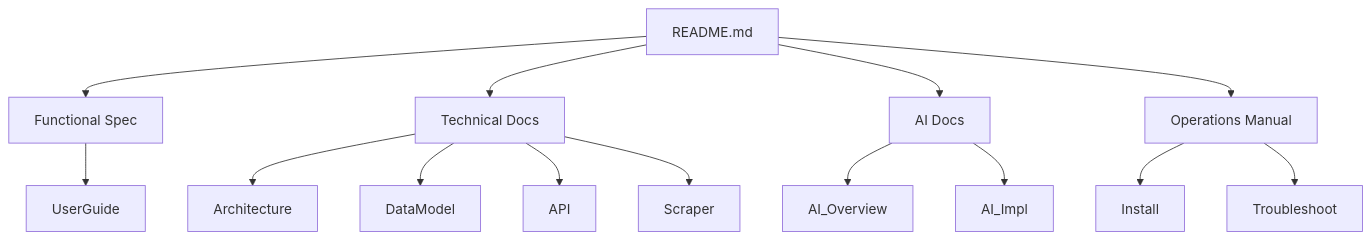
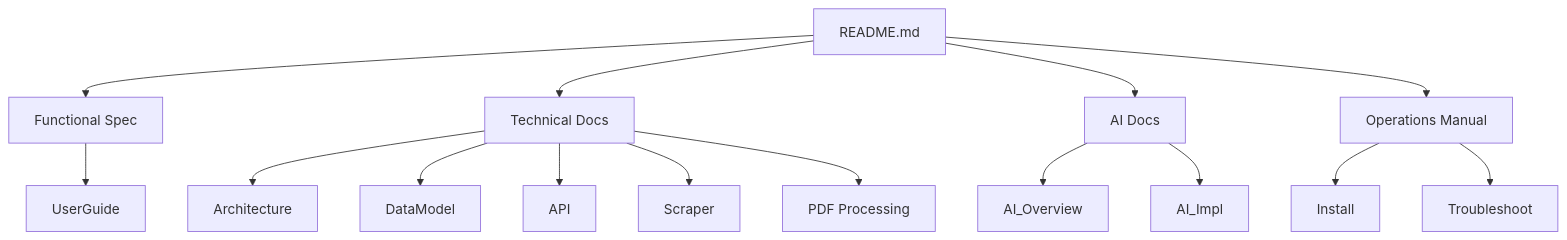
Before and after one commit to sakettamrakar/realmap: the diagram in docs/DOCUMENTATION_MAP.md, drawn with Mermaid. The commit also changed other lines of this file and 195 other files, not shown here.

````diff
--- a/docs/DOCUMENTATION_MAP.md
+++ b/docs/DOCUMENTATION_MAP.md
@@ -35,19 +36,20 @@
 ```mermaid
 graph TD
     Root[README.md] --> Func[Functional Spec]
     Root --> Tech[Technical Docs]
     Root --> AI[AI Docs]
     Root --> Ops[Operations Manual]
 
     Func --> UserGuide
     Tech --> Architecture
     Tech --> DataModel
     Tech --> API
     Tech --> Scraper
+    Tech --> PDFProcessing[PDF Processing]
 
     AI --> AI_Overview
     AI --> AI_Impl
 
     Ops --> Install
     Ops --> Troubleshoot
 ```
````
